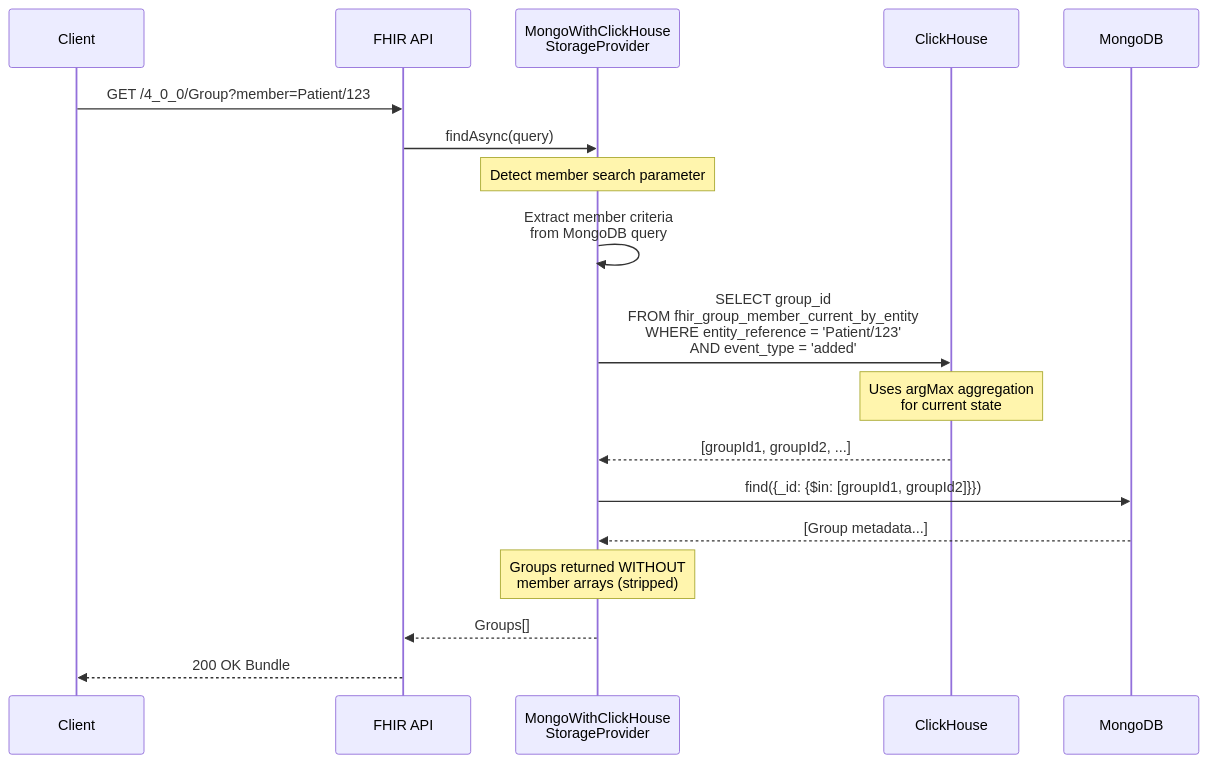
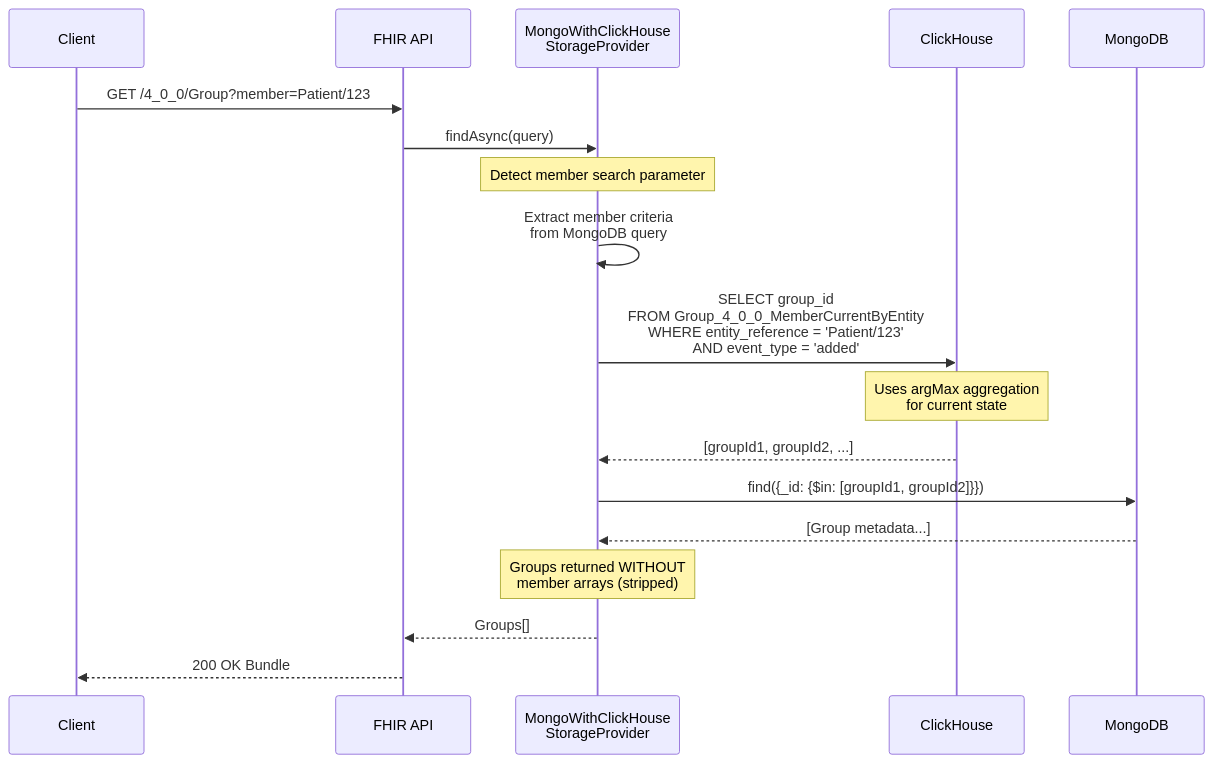
The third of 3 diagrams in readme/clickhouse.md (icanbwell/fhir-server), drawn with Mermaid before and after one commit. The commit also changed other lines of this file and 33 other files, not shown here.

````diff
--- a/readme/clickhouse.md
+++ b/readme/clickhouse.md
@@ -376,27 +376,27 @@
 ```mermaid
 sequenceDiagram
     participant Client
     participant API as FHIR API
     participant Provider as MongoWithClickHouse<br/>StorageProvider
     participant CH as ClickHouse
     participant Mongo as MongoDB
 
     Client->>API: GET /4_0_0/Group?member=Patient/123
     API->>Provider: findAsync(query)
 
     Note over Provider: Detect member search parameter
     Provider->>Provider: Extract member criteria<br/>from MongoDB query
 
-    Provider->>CH: SELECT group_id<br/>FROM fhir_group_member_current_by_entity<br/>WHERE entity_reference = 'Patient/123'<br/>AND event_type = 'added'
+    Provider->>CH: SELECT group_id<br/>FROM Group_4_0_0_MemberCurrentByEntity<br/>WHERE entity_reference = 'Patient/123'<br/>AND event_type = 'added'
 
     Note over CH: Uses argMax aggregation<br/>for current state
     CH-->>Provider: [groupId1, groupId2, ...]
 
     Provider->>Mongo: find({_id: {$in: [groupId1, groupId2]}})
     Mongo-->>Provider: [Group metadata...]
 
     Note over Provider: Groups returned WITHOUT<br/>member arrays (stripped)
 
     Provider-->>API: Groups[]
     API-->>Client: 200 OK Bundle
 ```
````
